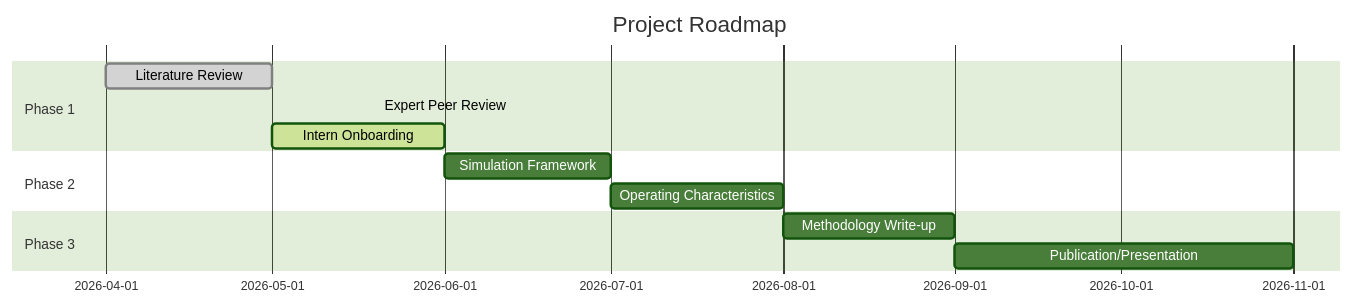
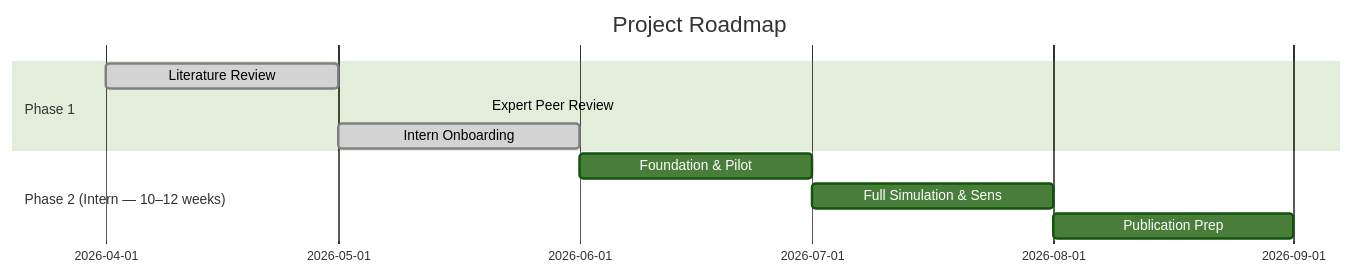
The diagram in README.md (doublerobust/adaptive-phase2-3-pick-winner), drawn with Mermaid (forest theme) before and after one commit. The commit also changed other lines of this file, not shown here.

````diff
--- a/README.md
+++ b/README.md
@@ -46,15 +60,13 @@
 ```mermaid
 gantt
 title Project Roadmap
     dateFormat  YYYY-MM
     section Phase 1
     Literature Review         :done, 2026-04, 2026-05
     Expert Peer Review        :done, 2026-05-20, 2026-05-21
-    Intern Onboarding         :active, 2026-05, 2026-06
-    section Phase 2
-    Simulation Framework      :2026-06, 2026-07
-    Operating Characteristics :2026-07, 2026-08
-    section Phase 3
-    Methodology Write-up      :2026-08, 2026-09
-    Publication/Presentation  :2026-09, 2026-11
+    Intern Onboarding         :done, 2026-05, 2026-06
+    section Phase 2 (Intern — 10–12 weeks)
+    Foundation & Pilot        :2026-06, 2026-07
+    Full Simulation & Sens    :2026-07, 2026-08
+    Publication Prep          :2026-08, 2026-09
 ```
````
